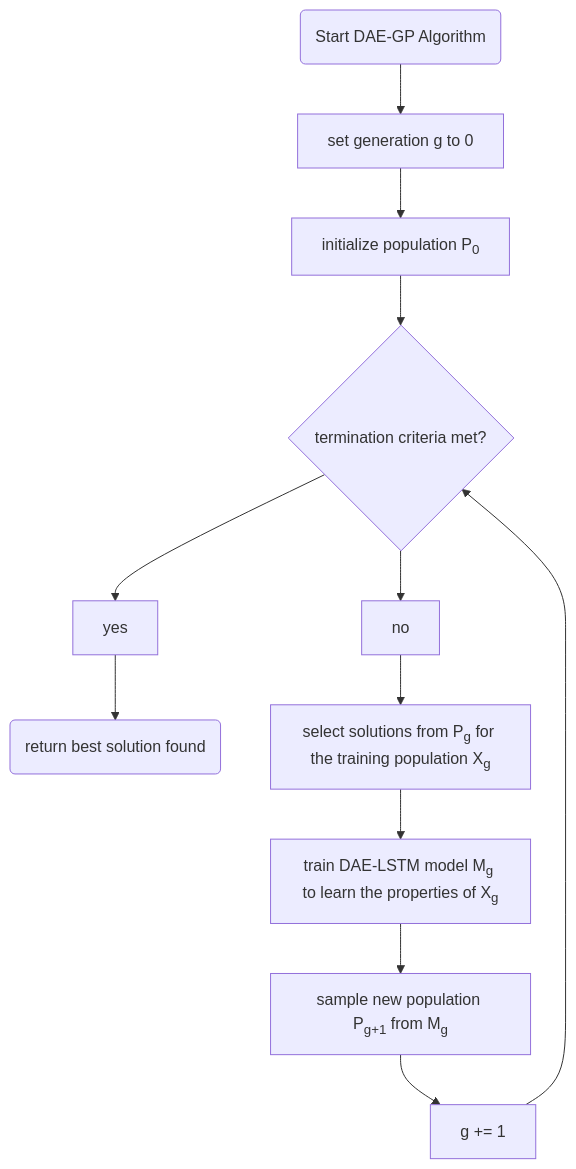
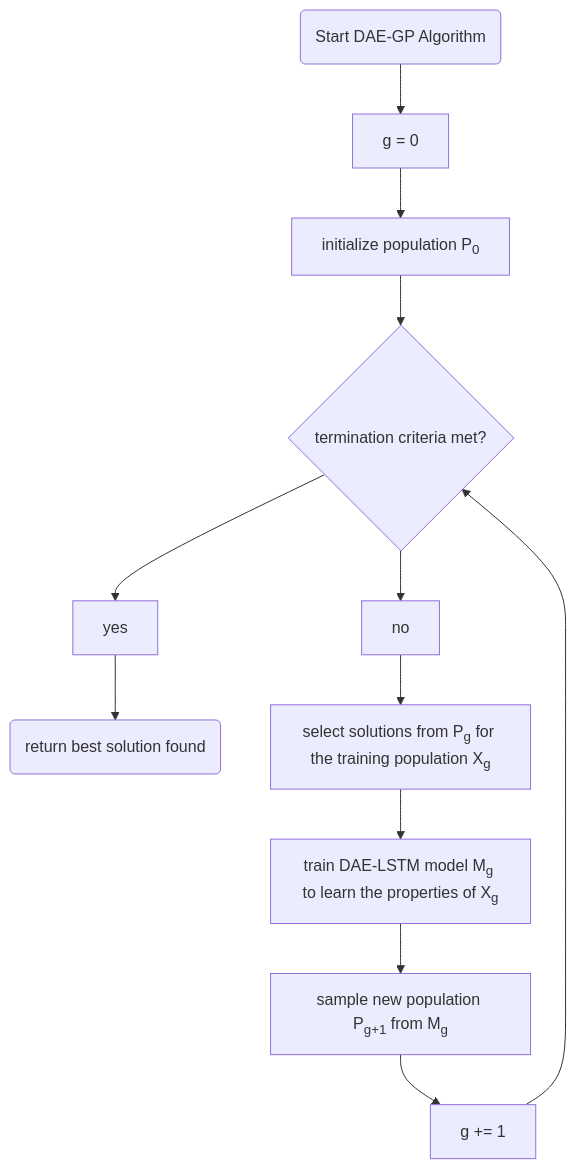
The diagram in mermaid/dae-gp.md (roman91DE/master_thesis), drawn with Mermaid before and after one commit. The commit also changed 2 other files, not shown here.

Commit message:
Thu Dec 29 17:00:07 CET 2022: update-remote.sh

````diff
--- a/mermaid/dae-gp.md
+++ b/mermaid/dae-gp.md
@@ -1,24 +1,23 @@
 ```mermaid {DAE-GP}
 graph TD
-a1(Start DAE-GP Algorithm)
+start(Start DAE-GP Algorithm)
 -->
-G[set generation g to 0] 
+init_gen[g = 0] 
 -->
-A[initialize population P<sub>0</sub>] 
+init_pop[initialize population P<sub>0</sub>] 
 --> 
-L{termination criteria met?}
+main_loop{termination criteria met?}
     -->yes
-        --> RET(return best solution found)
-L{termination criteria met?}    
+        --> return(return best solution found)
+main_loop{termination criteria met?}    
     -->no
-            --> B[select solutions from P<sub>g</sub> for the training population X<sub>g</sub>]
+            --> selection[select solutions from P<sub>g</sub> for the training population X<sub>g</sub>]
             --> 
-            C[train DAE-LSTM model M<sub>g</sub> to learn the properties of X<sub>g</sub>]
+            model_building[train DAE-LSTM model M<sub>g</sub> to learn the properties of X<sub>g</sub>]
             -->
-            D[sample new population P<sub>g+1</sub> from M<sub>g</sub>]
+            model_sampling[sample new population P<sub>g+1</sub> from M<sub>g</sub>]
             --> 
-            E[g += 1]
+            next_gen[g += 1]
             -->
-            L 
-
+            main_loop
 ```
````
